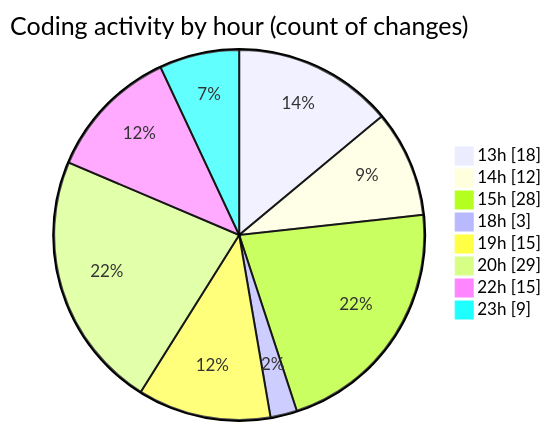
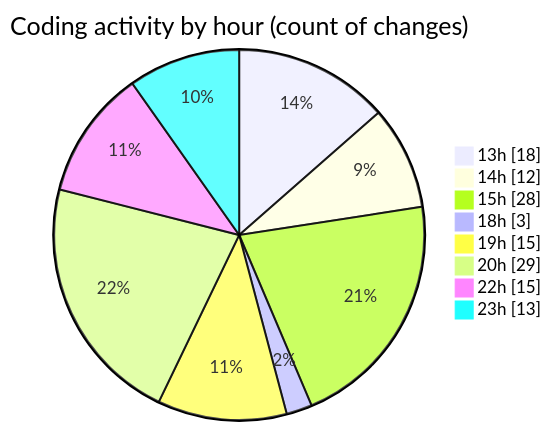
The second of 2 diagrams in 2025-06-16/studio-backend/README.md (idhammustaqopulfikri/code-tracking), drawn with Mermaid before and after one commit. The commit also changed other lines of this file and 1 other file, not shown here.

````diff
--- a/2025-06-16/studio-backend/README.md
+++ b/2025-06-16/studio-backend/README.md
@@ -45,12 +46,12 @@
 ```mermaid
 pie showData
 title Coding activity by hour (count of changes)
 "13h" : 18
 "14h" : 12
 "15h" : 28
 "18h" : 3
 "19h" : 15
 "20h" : 29
 "22h" : 15
-"23h" : 9
+"23h" : 13
 ```
````
